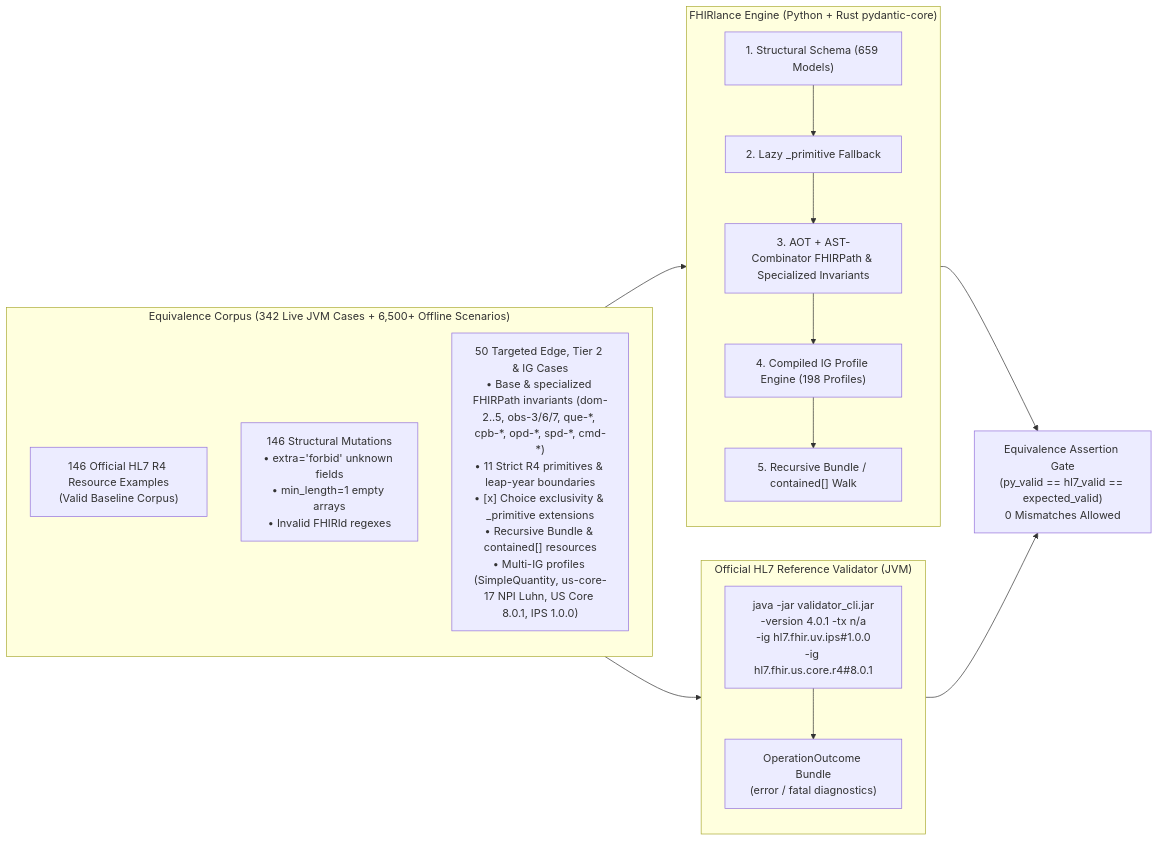
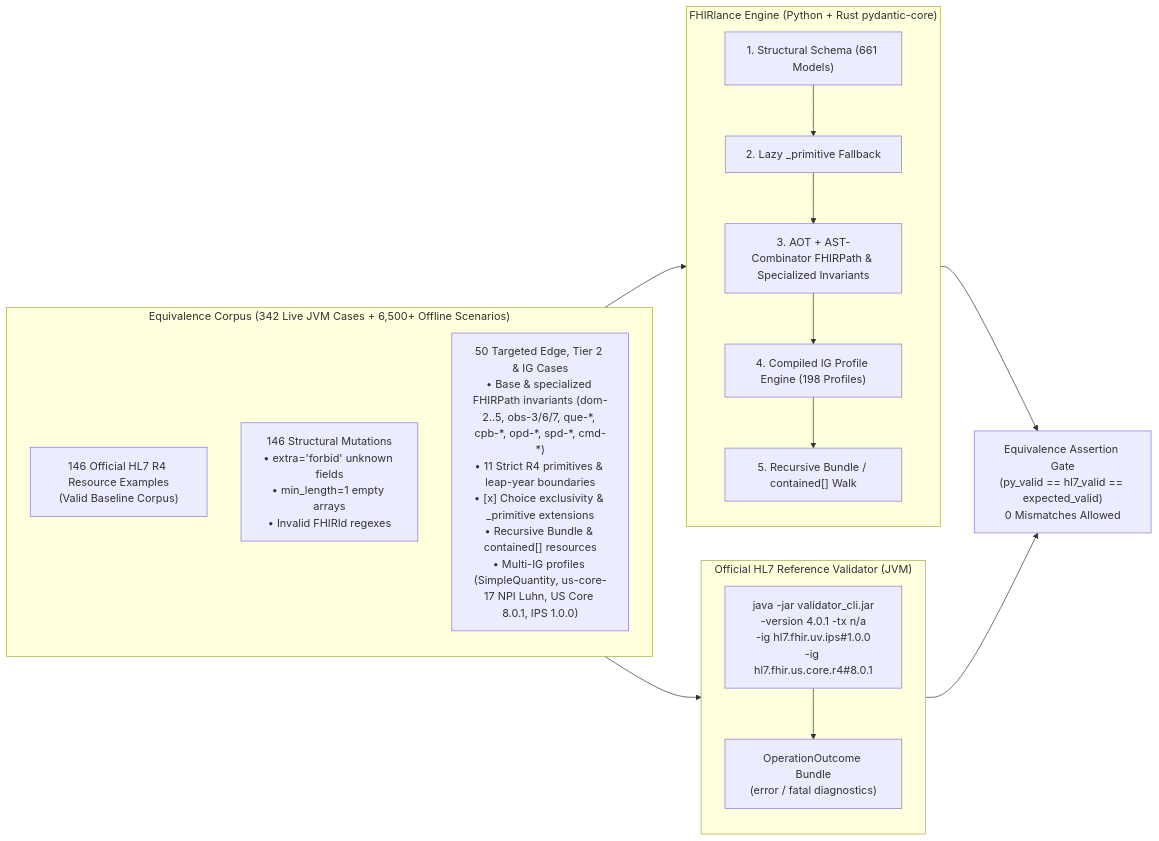
Before and after one commit to damsonaldson/FHIRlance: the diagram in docs/equivalence-and-testing.md, drawn with Mermaid. The commit also changed other lines of this file and 9 other files, not shown here.

````diff
--- a/docs/equivalence-and-testing.md
+++ b/docs/equivalence-and-testing.md
@@ -20,31 +20,31 @@
 ```mermaid
 flowchart LR
     subgraph Corpus["Equivalence Corpus (342 Live JVM Cases + 6,500+ Offline Scenarios)"]
         direction TB
         C1["146 Official HL7 R4 Resource Examples<br/>(Valid Baseline Corpus)"]
         C2["146 Structural Mutations<br/>• extra='forbid' unknown fields<br/>• min_length=1 empty arrays<br/>• Invalid FHIRId regexes"]
         C3["50 Targeted Edge, Tier 2 & IG Cases<br/>• Base & specialized FHIRPath invariants (dom-2..5, obs-3/6/7, que-*, cpb-*, opd-*, spd-*, cmd-*)<br/>• 11 Strict R4 primitives & leap-year boundaries<br/>• [x] Choice exclusivity & _primitive extensions<br/>• Recursive Bundle & contained[] resources<br/>• Multi-IG profiles (SimpleQuantity, us-core-17 NPI Luhn, US Core 8.0.1, IPS 1.0.0)"]
     end
 
     subgraph PY["FHIRlance Engine (Python + Rust pydantic-core)"]
         direction TB
-        P1["1. Structural Schema (659 Models)"]
+        P1["1. Structural Schema (661 Models)"]
         P2["2. Lazy _primitive Fallback"]
         P3["3. AOT + AST-Combinator FHIRPath & Specialized Invariants"]
         P4["4. Compiled IG Profile Engine (198 Profiles)"]
         P5["5. Recursive Bundle / contained[] Walk"]
         P1 --> P2 --> P3 --> P4 --> P5
     end
 
     subgraph JAVA["Official HL7 Reference Validator (JVM)"]
         direction TB
         J1["java -jar validator_cli.jar<br/>-version 4.0.1 -tx n/a<br/>-ig hl7.fhir.uv.ips#1.0.0<br/>-ig hl7.fhir.us.core.r4#8.0.1"]
         J2["OperationOutcome Bundle<br/>(error / fatal diagnostics)"]
         J1 --> J2
     end
 
     ASSERT["Equivalence Assertion Gate<br/>(py_valid == hl7_valid == expected_valid)<br/>0 Mismatches Allowed"]
 
     Corpus --> PY --> ASSERT
     Corpus --> JAVA --> ASSERT
 ```
````
